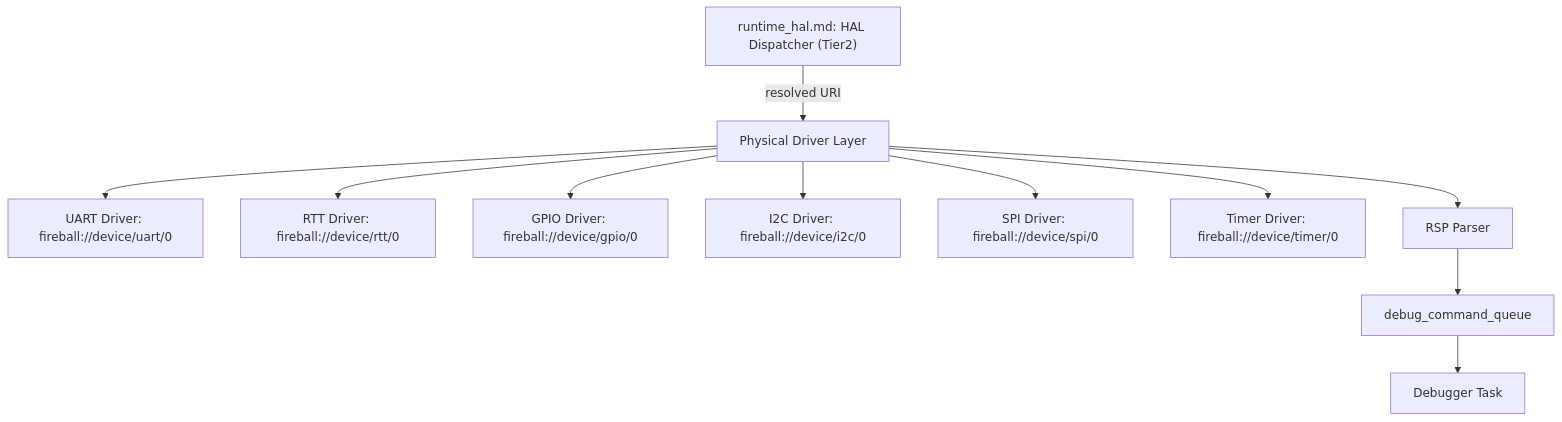
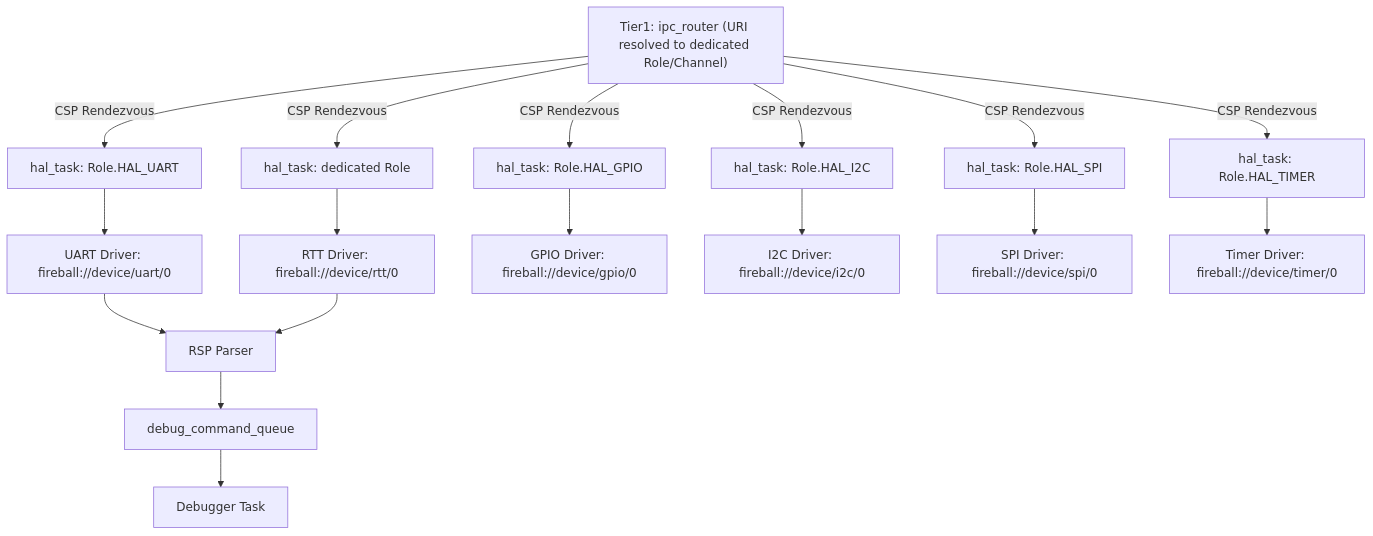
The first of 4 diagrams in docs/components/tier3_platform/platform_driver.md (kmt-t/fireball), drawn with Mermaid before and after one commit. The commit also changed other lines of this file and 65 other files, not shown here.

````diff
--- a/docs/components/tier3_platform/platform_driver.md
+++ b/docs/components/tier3_platform/platform_driver.md
@@ -25,13 +25,14 @@
 ```mermaid
 graph TD
-    HALT["runtime_hal.md: HAL Dispatcher (Tier2)"] -->|resolved URI| HAL[Physical Driver Layer]
-    HAL --> UART[UART Driver: fireball://device/uart/0]
-    HAL --> RTT[RTT Driver: fireball://device/rtt/0]
-    HAL --> GPIO[GPIO Driver: fireball://device/gpio/0]
-    HAL --> I2C[I2C Driver: fireball://device/i2c/0]
-    HAL --> SPI[SPI Driver: fireball://device/spi/0]
-    HAL --> Timer[Timer Driver: fireball://device/timer/0]
-    HAL --> RSP[RSP Parser]
+    IPCR["Tier1: ipc_router (URI resolved to dedicated Role/Channel)"]
+    IPCR -->|CSP Rendezvous| T1["hal_task: Role.HAL_UART"] --> UART[UART Driver: fireball://device/uart/0]
+    IPCR -->|CSP Rendezvous| T2["hal_task: dedicated Role"] --> RTT[RTT Driver: fireball://device/rtt/0]
+    IPCR -->|CSP Rendezvous| T3["hal_task: Role.HAL_GPIO"] --> GPIO[GPIO Driver: fireball://device/gpio/0]
+    IPCR -->|CSP Rendezvous| T4["hal_task: Role.HAL_I2C"] --> I2C[I2C Driver: fireball://device/i2c/0]
+    IPCR -->|CSP Rendezvous| T5["hal_task: Role.HAL_SPI"] --> SPI[SPI Driver: fireball://device/spi/0]
+    IPCR -->|CSP Rendezvous| T6["hal_task: Role.HAL_TIMER"] --> Timer[Timer Driver: fireball://device/timer/0]
+    UART --> RSP[RSP Parser]
+    RTT --> RSP
     RSP --> Queue[debug_command_queue]
     Queue --> Debugger[Debugger Task]
 ```
````
